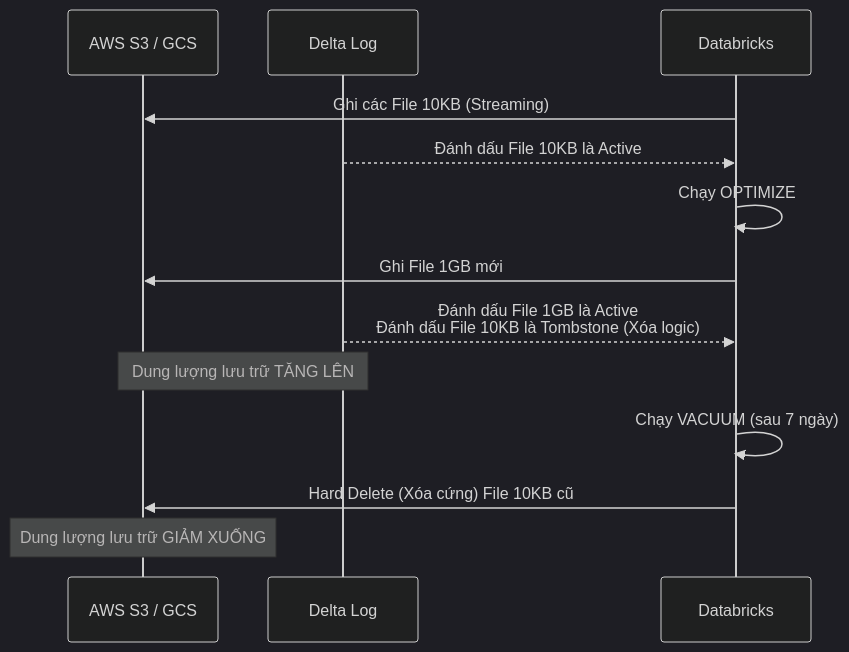
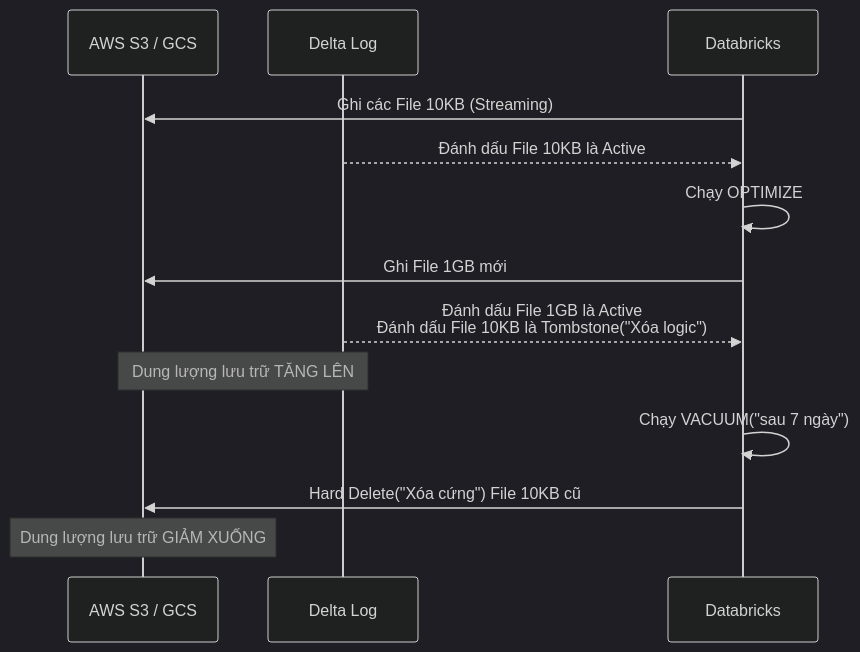
Before and after one commit to kythuatdulieu/kythuatdulieu.github.io: the second of 2 diagrams in src/content/docs/concepts/3-storage-engines-formats/delta-optimize-vacuum.md, drawn with Mermaid (dark theme). The commit also changed 190 other files, not shown here.

Commit message:
fix: resolve mermaid syntax, math rendering, and metadata issues from content rewrite

````diff
--- a/src/content/docs/concepts/3-storage-engines-formats/delta-optimize-vacuum.md
+++ b/src/content/docs/concepts/3-storage-engines-formats/delta-optimize-vacuum.md
@@ -97,19 +97,19 @@
 ```mermaid
 sequenceDiagram
     participant S3 as AWS S3 / GCS
     participant DL as Delta Log
     participant Engine as Databricks
     
     Engine->>S3: Ghi các File 10KB (Streaming)
     DL-->>Engine: Đánh dấu File 10KB là Active
     
     Engine->>Engine: Chạy OPTIMIZE
     Engine->>S3: Ghi File 1GB mới
-    DL-->>Engine: Đánh dấu File 1GB là Active<br>Đánh dấu File 10KB là Tombstone (Xóa logic)
+    DL-->>Engine: Đánh dấu File 1GB là Active<br>Đánh dấu File 10KB là Tombstone("Xóa logic")
     
     Note over S3, DL: Dung lượng lưu trữ TĂNG LÊN
     
-    Engine->>Engine: Chạy VACUUM (sau 7 ngày)
-    Engine->>S3: Hard Delete (Xóa cứng) File 10KB cũ
+    Engine->>Engine: Chạy VACUUM("sau 7 ngày")
+    Engine->>S3: Hard Delete("Xóa cứng") File 10KB cũ
     Note over S3: Dung lượng lưu trữ GIẢM XUỐNG
 ```
````
